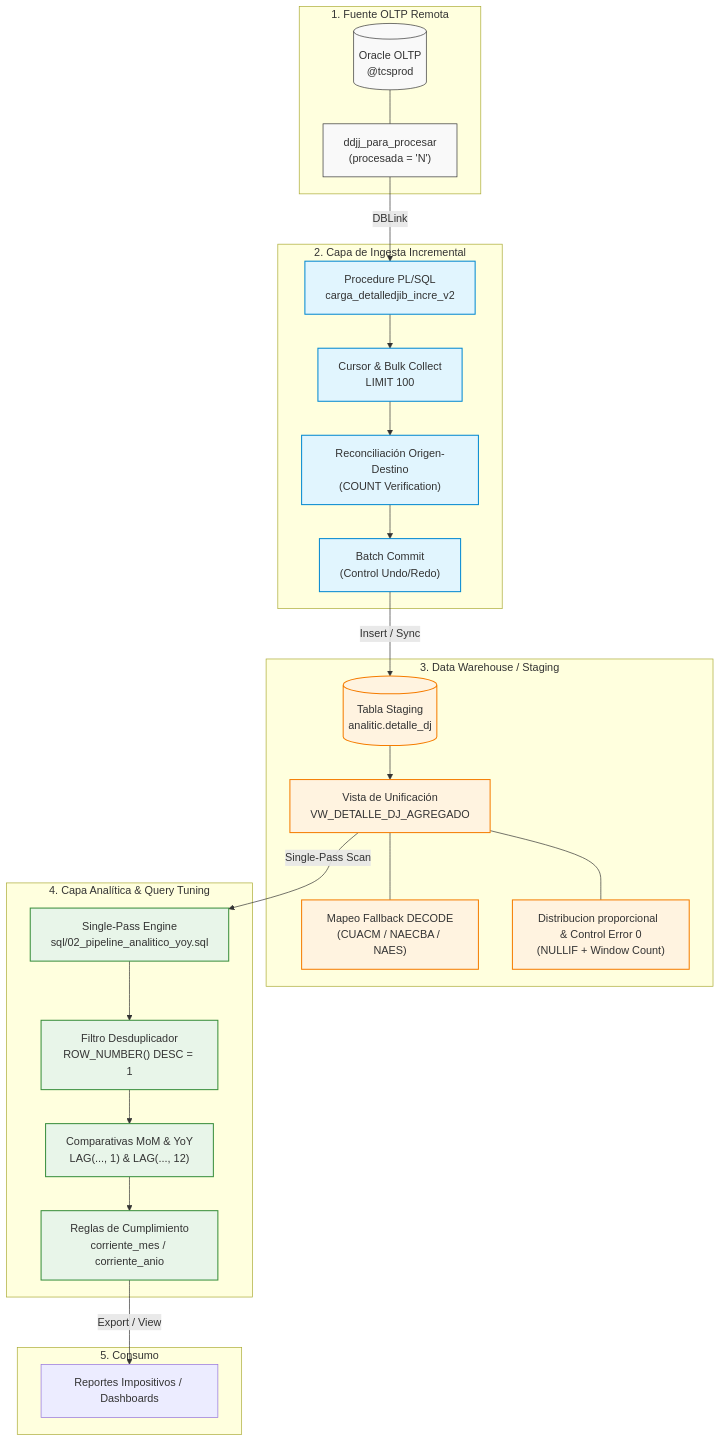
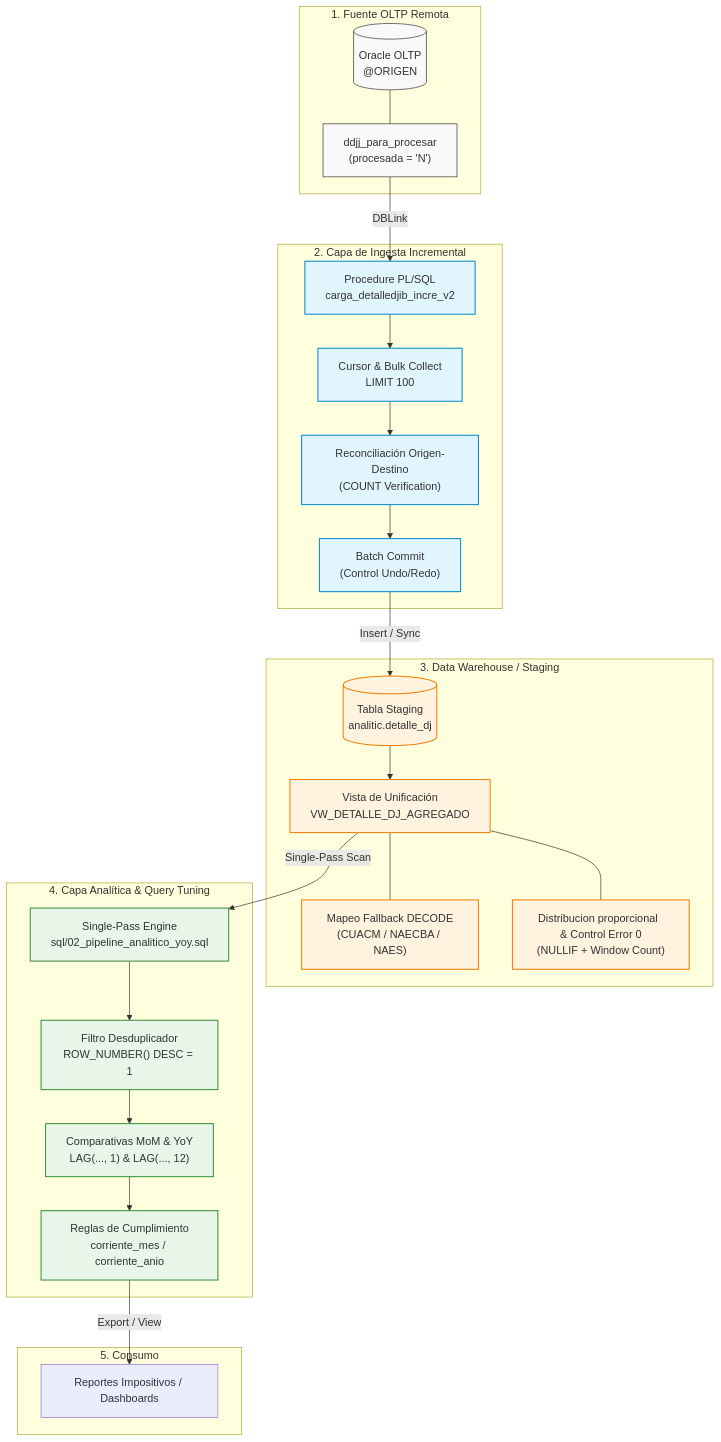
One commit to AndreaMonzon/Portfolio-Data-Engineer- changed the diagram in docs/arquitectura.md. Above: the diagram before and after it, drawn with Mermaid. The commit also changed 17 other files, not shown here.

````diff
--- a/docs/arquitectura.md
+++ b/docs/arquitectura.md
@@ -1,61 +1,61 @@
 ```mermaid
 flowchart TD
 
     %% Nodos de la Fuente
     subgraph S1 ["1. Fuente OLTP Remota"]
-        A[("Oracle OLTP<br/>@tcsprod")]
+        A[("Oracle OLTP<br/>@ORIGEN")]
         A1["ddjj_para_procesar<br/>(procesada = 'N')"]
         A --- A1
     end
 
     %% Nodos de Ingesta / ETL
     subgraph S2 ["2. Capa de Ingesta Incremental"]
         B["Procedure PL/SQL<br/>carga_detalledjib_incre_v2"]
         B1["Cursor & Bulk Collect<br/>LIMIT 100"]
         B2["Reconciliación Origen-Destino<br/>(COUNT Verification)"]
         B3["Batch Commit<br/>(Control Undo/Redo)"]
         B --> B1 --> B2 --> B3
     end
 
     %% Nodos de Staging / Data Warehouse
     subgraph S3 ["3. Data Warehouse / Staging"]
         C[("Tabla Staging<br/>analitic.detalle_dj")]
         D["Vista de Unificación<br/>VW_DETALLE_DJ_AGREGADO"]
         D1["Mapeo Fallback DECODE<br/>(CUACM / NAECBA / NAES)"]
         D2["Distribucion proporcional  & Control Error 0<br/>(NULLIF + Window Count)"]
         C --> D
         D --- D1
         D --- D2
     end
 
     %% Nodos Analíticos
     subgraph S4 ["4. Capa Analítica & Query Tuning"]
         E["Single-Pass Engine<br/>sql/02_pipeline_analitico_yoy.sql"]
         E1["Filtro Desduplicador<br/>ROW_NUMBER() DESC = 1"]
         E2["Comparativas MoM & YoY<br/>LAG(..., 1) & LAG(..., 12)"]
         E3["Reglas de Cumplimiento<br/>corriente_mes / corriente_anio"]
         E --> E1 --> E2 --> E3
     end
 
     %% Consumo
     subgraph S5 ["5. Consumo"]
         F["Reportes Impositivos / Dashboards"]
     end
 
     %% Conexiones principales
     A1 -->|DBLink| B
     B3 -->|Insert / Sync| C
     D -->|Single-Pass Scan| E
     E3 -->|Export / View| F
 
     %% Estilos
     classDef fuente fill:#f9f9f9,stroke:#333,stroke-width:1px;
     classDef ingesta fill:#e1f5fe,stroke:#0288d1,stroke-width:1.5px;
     classDef dw fill:#fff3e0,stroke:#f57c00,stroke-width:1.5px;
     classDef analitica fill:#e8f5e9,stroke:#388e3c,stroke-width:1.5px;
 
     class A,A1 fuente;
     class B,B1,B2,B3 ingesta;
     class C,D,D1,D2 dw;
     class E,E1,E2,E3 analitica;
 ```
````
